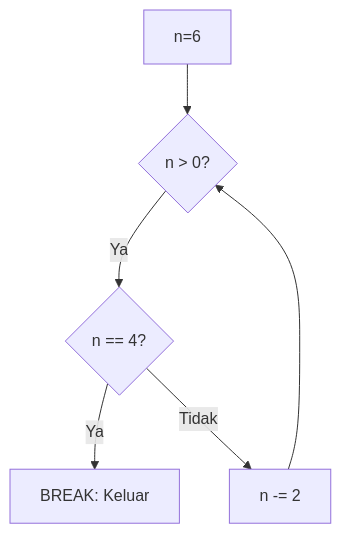
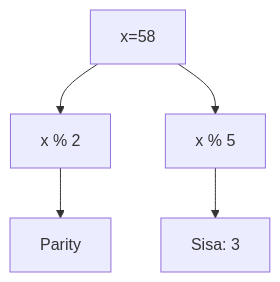
Diagram 15 of 25 in part-c-pemahaman-cpp/03-perulangan/latihan/set-04.md (amnahwaida/OSNK_INF_PREP), drawn with Mermaid before and after one commit. The commit also changed other lines of this file and 71 other files, not shown here.

````diff
--- a/part-c-pemahaman-cpp/03-perulangan/latihan/set-04.md
+++ b/part-c-pemahaman-cpp/03-perulangan/latihan/set-04.md
@@ -396,8 +449,7 @@
 ```mermaid
 graph TD
-    A[n=6] --> B{n > 0?}
-    B -- Ya --> C{n == 4?}
-    C -- Ya --> D[BREAK: Keluar]
-    C -- Tidak --> E[n -= 2]
-    E --> B
+A[x=58] --> B[x % 2]
+B --> C[Parity]
+A --> D[x % 5]
+D --> E[Sisa: 3]
 ```
````
